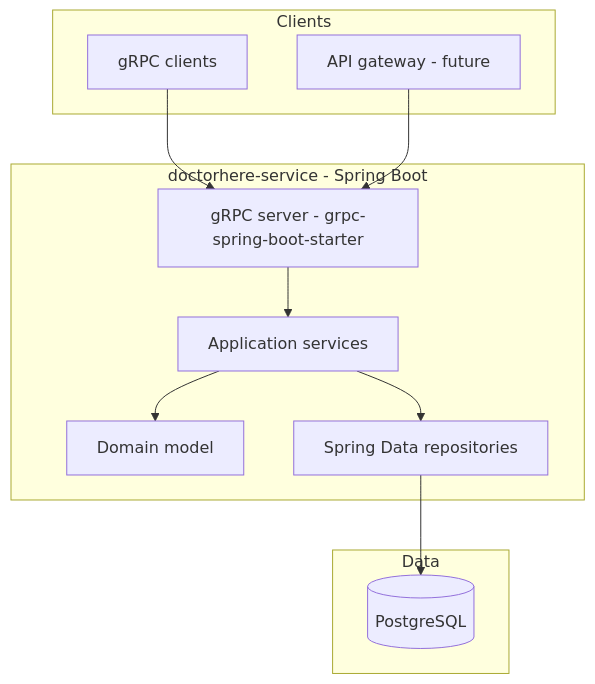
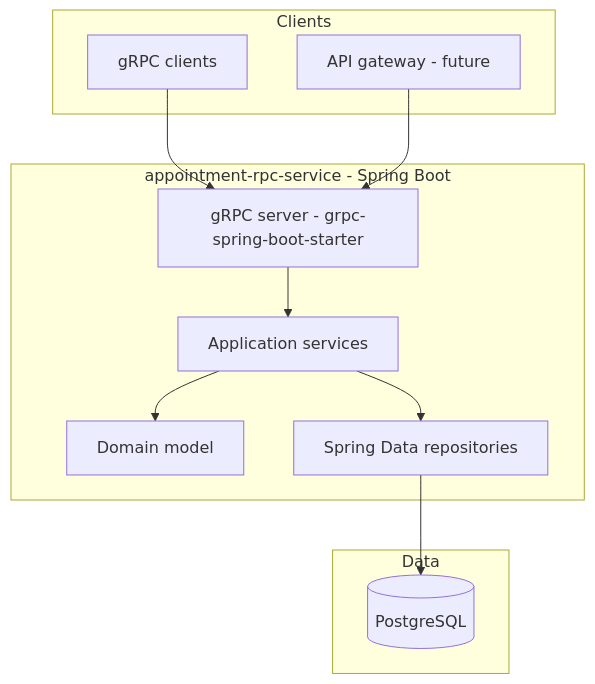
One commit to prayagupa/appointment-system changed the first of 4 diagrams in docs/sds.md. Above: the diagram before and after it, drawn with Mermaid. The commit also changed other lines of this file and 57 other files, not shown here.

Commit message:
INITIAL COMMIT: Set up appointment-rpc service with Spring Boot, gRPC, PostgreSQL, and Docker. Includes project structure, Gradle build configuration, and initial documentation.

````diff
--- a/docs/sds.md
+++ b/docs/sds.md
@@ -106,25 +151,25 @@
 ```mermaid
 flowchart TB
     subgraph clients [Clients]
         GC[gRPC clients]
         GW[API gateway - future]
     end
 
-    subgraph app [doctorhere-service - Spring Boot]
+    subgraph app [appointment-rpc-service - Spring Boot]
         GRPC[gRPC server - grpc-spring-boot-starter]
         SVC[Application services]
         DOM[Domain model]
         REPO[Spring Data repositories]
     end
 
     subgraph data [Data]
         DB[(PostgreSQL)]
     end
 
     GC --> GRPC
     GW --> GRPC
     GRPC --> SVC
     SVC --> DOM
     SVC --> REPO
     REPO --> DB
 ```
````
